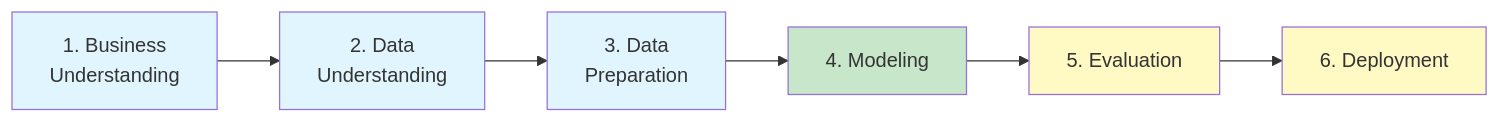
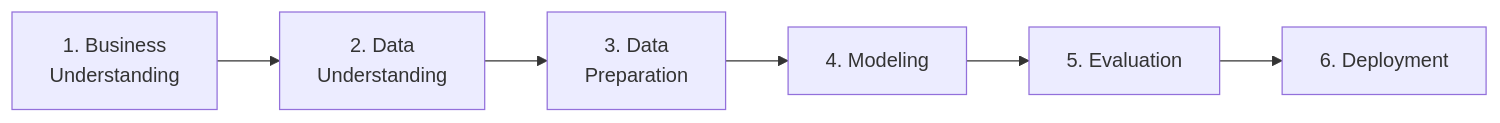
The first of 3 diagrams in README.md (ekastn/dm-prediksi-ketepatan-lulus), drawn with Mermaid before and after one commit. The commit also changed other lines of this file and 18 other files, not shown here.

````diff
--- a/README.md
+++ b/README.md
@@ -49,15 +50,8 @@
 ```mermaid
 flowchart LR
     A[1. Business\nUnderstanding] --> B[2. Data\nUnderstanding]
     B --> C[3. Data\nPreparation]
     C --> D[4. Modeling]
     D --> E[5. Evaluation]
     E --> F[6. Deployment]
-
-    style A fill:#e1f5fe
-    style B fill:#e1f5fe
-    style C fill:#e1f5fe
-    style D fill:#c8e6c9
-    style E fill:#fff9c4
-    style F fill:#fff9c4
 ```
````
